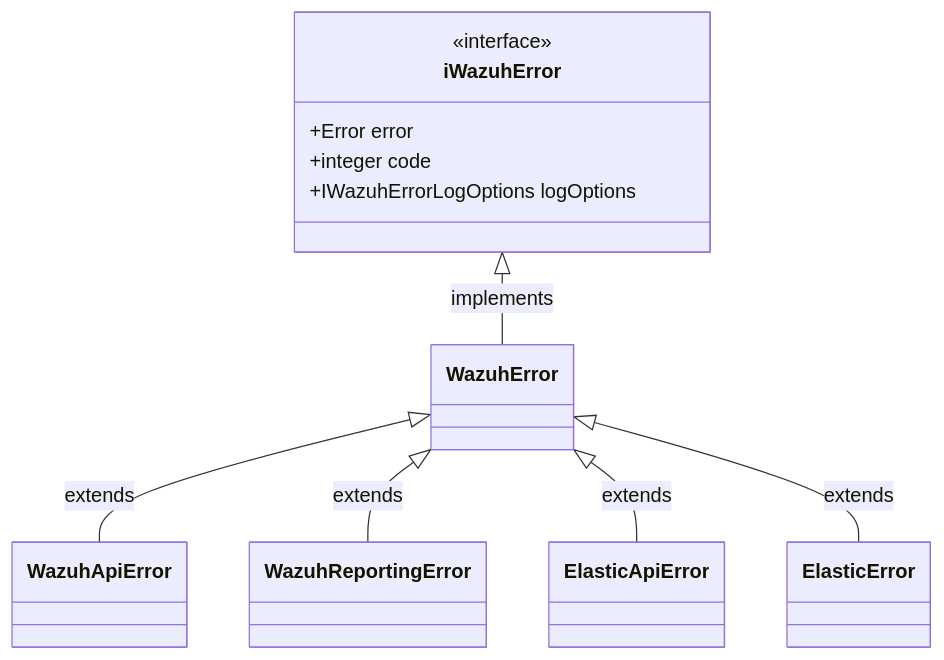
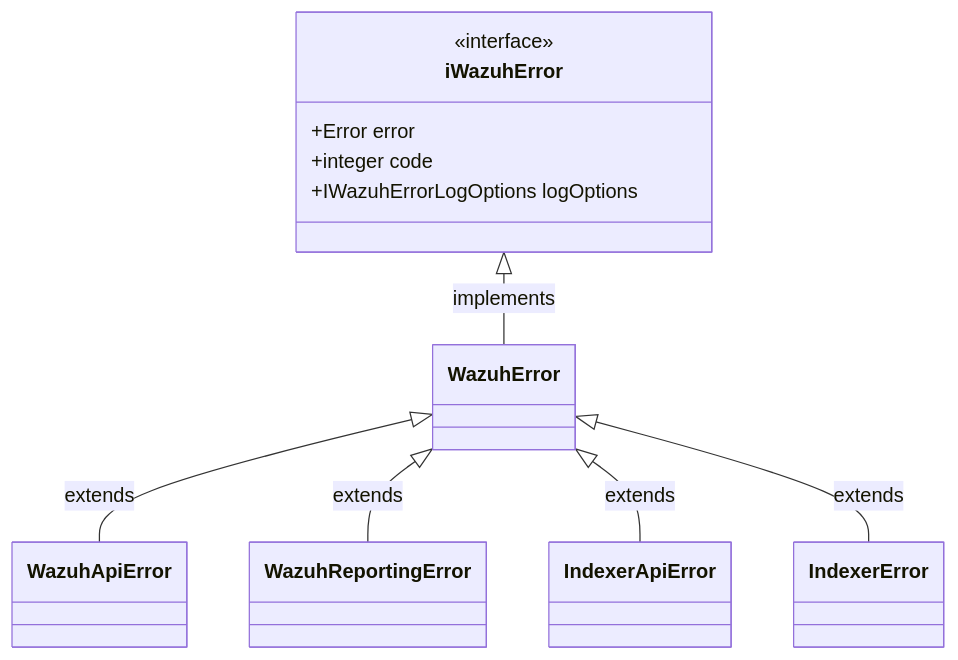
The second of 2 diagrams in public/react-services/error-management/README.md (wazuh/wazuh-dashboard-plugins), drawn with Mermaid before and after one commit. The commit also changed other lines of this file and 6 other files, not shown here.

Commit message:
Renamed elastic to indexer

````diff
--- a/public/react-services/error-management/README.md
+++ b/public/react-services/error-management/README.md
@@ -133,17 +133,17 @@
 ```mermaid
 classDiagram
 
 class iWazuhError {
     <<interface>>
     +Error error
     +integer code
     +IWazuhErrorLogOptions logOptions
 }
 
 iWazuhError <|-- WazuhError : implements
 WazuhError <|-- WazuhApiError : extends
 WazuhError <|-- WazuhReportingError : extends
-WazuhError <|-- ElasticApiError : extends
-WazuhError <|-- ElasticError : extends
+WazuhError <|-- IndexerApiError : extends
+WazuhError <|-- IndexerError : extends
 
 ```
````
